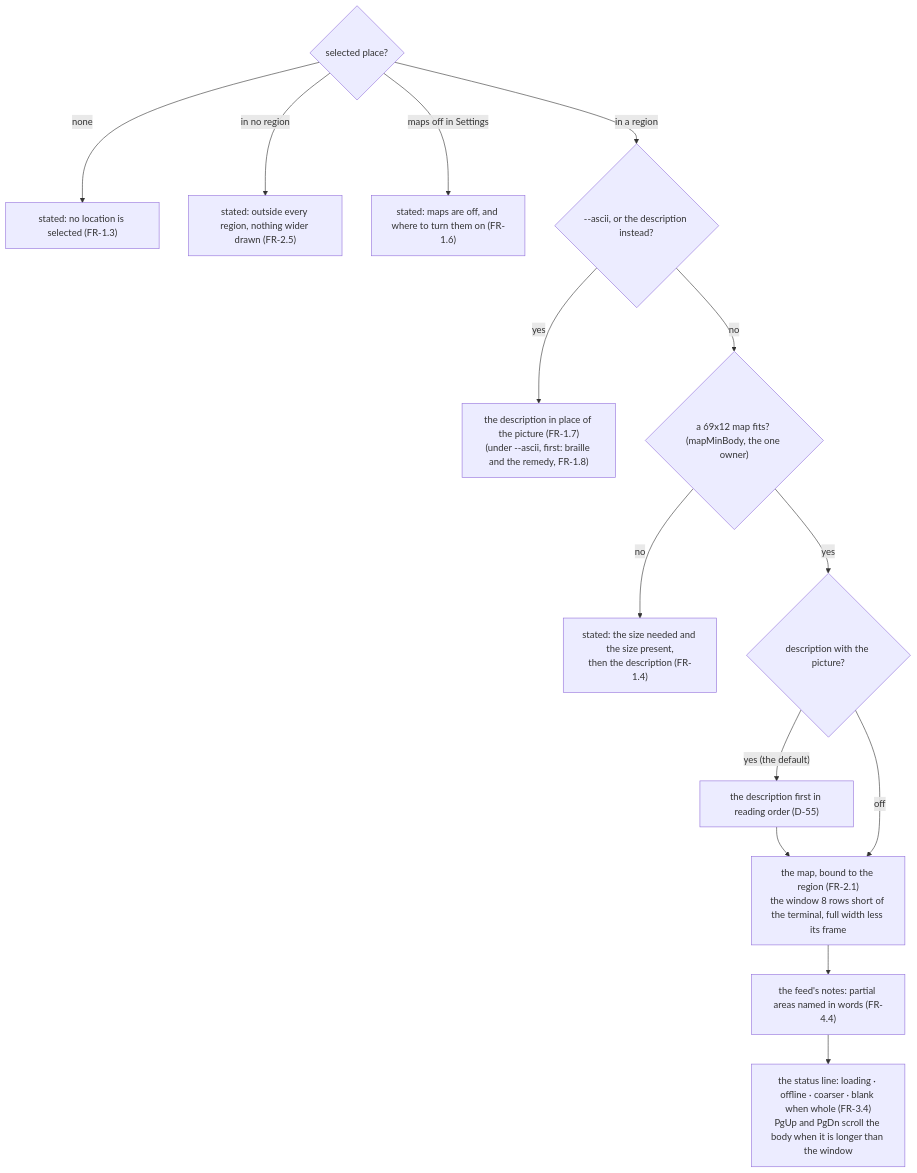
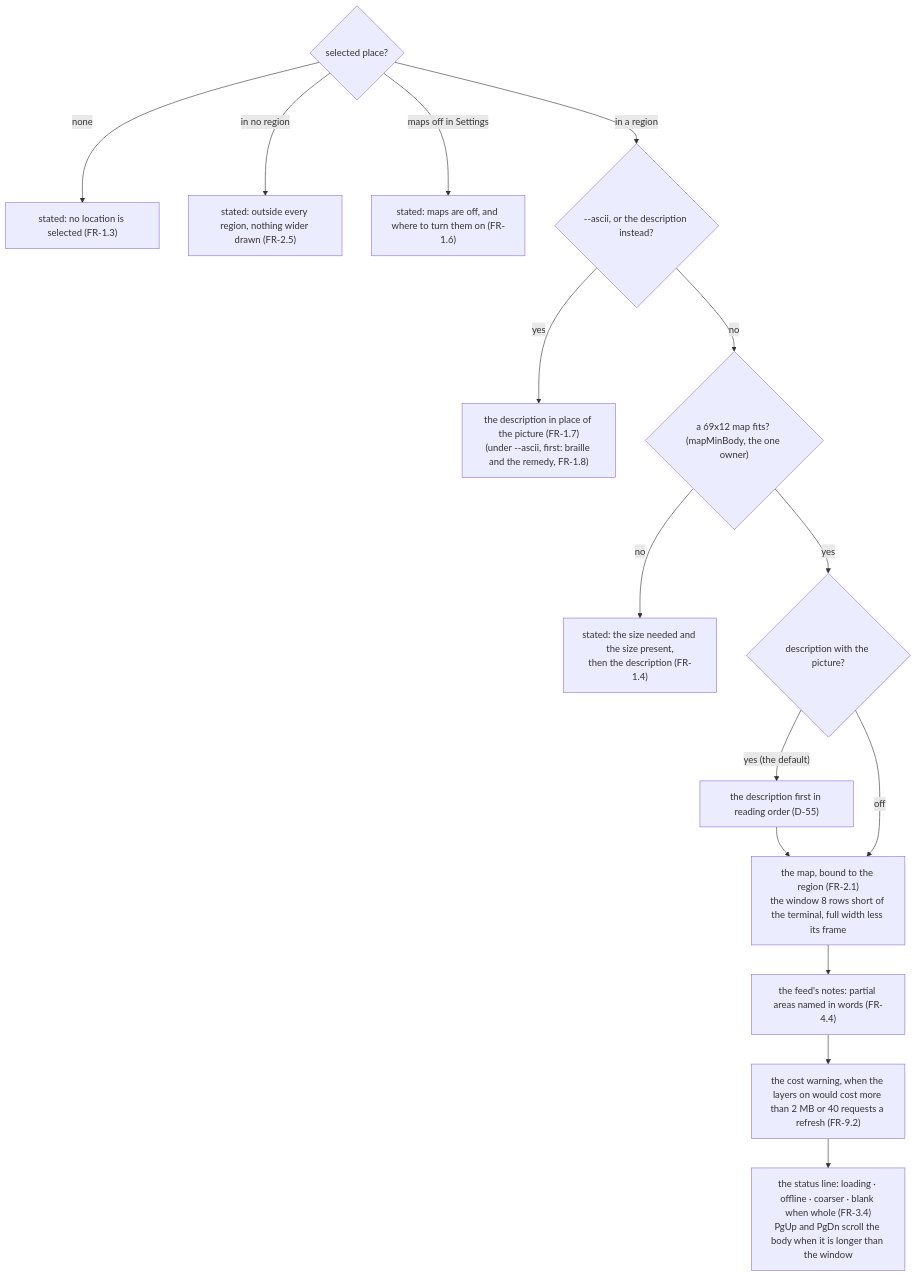
The second of 3 diagrams in 06_docs/02_features/observer-maps/03-architecture-design/as-built-map.md (branden-thompson/watchpost), drawn with Mermaid before and after one commit. The commit also changed other lines of this file and 29 other files, not shown here.

First line of the commit message:
0.18.0 batch 9: default scale, nearby, layers; the layer registry; the cost warning

````diff
--- a/06_docs/02_features/observer-maps/03-architecture-design/as-built-map.md
+++ b/06_docs/02_features/observer-maps/03-architecture-design/as-built-map.md
@@ -62,15 +67,16 @@
 ```mermaid
 flowchart TB
   S{"selected place?"} -- "none" --> N["stated: no location is selected (FR-1.3)"]
   S -- "in no region" --> O["stated: outside every region, nothing wider drawn (FR-2.5)"]
   S -- "maps off in Settings" --> OFF["stated: maps are off, and where to turn them on (FR-1.6)"]
   S -- "in a region" --> A{"--ascii, or the description instead?"}
   A -- "yes" --> T["the description in place of the picture (FR-1.7)\n(under --ascii, first: braille and the remedy, FR-1.8)"]
   A -- "no" --> F{"a 69x12 map fits? (mapMinBody, the one owner)"}
   F -- "no" --> FL["stated: the size needed and the size present,\nthen the description (FR-1.4)"]
   F -- "yes" --> DS{"description with the picture?"}
   DS -- "yes (the default)" --> D1["the description first in reading order (D-55)"] --> M
   DS -- "off" --> M["the map, bound to the region (FR-2.1)\nthe window 8 rows short of the terminal, full width less its frame"]
   M --> NT["the feed's notes: partial areas named in words (FR-4.4)"]
-  NT --> ST["the status line: loading · offline · coarser · blank when whole (FR-3.4)\nPgUp and PgDn scroll the body when it is longer than the window"]
+  NT --> CW["the cost warning, when the layers on would cost more than 2 MB or 40 requests a refresh (FR-9.2)"]
+  CW --> ST["the status line: loading · offline · coarser · blank when whole (FR-3.4)\nPgUp and PgDn scroll the body when it is longer than the window"]
 ```
````
